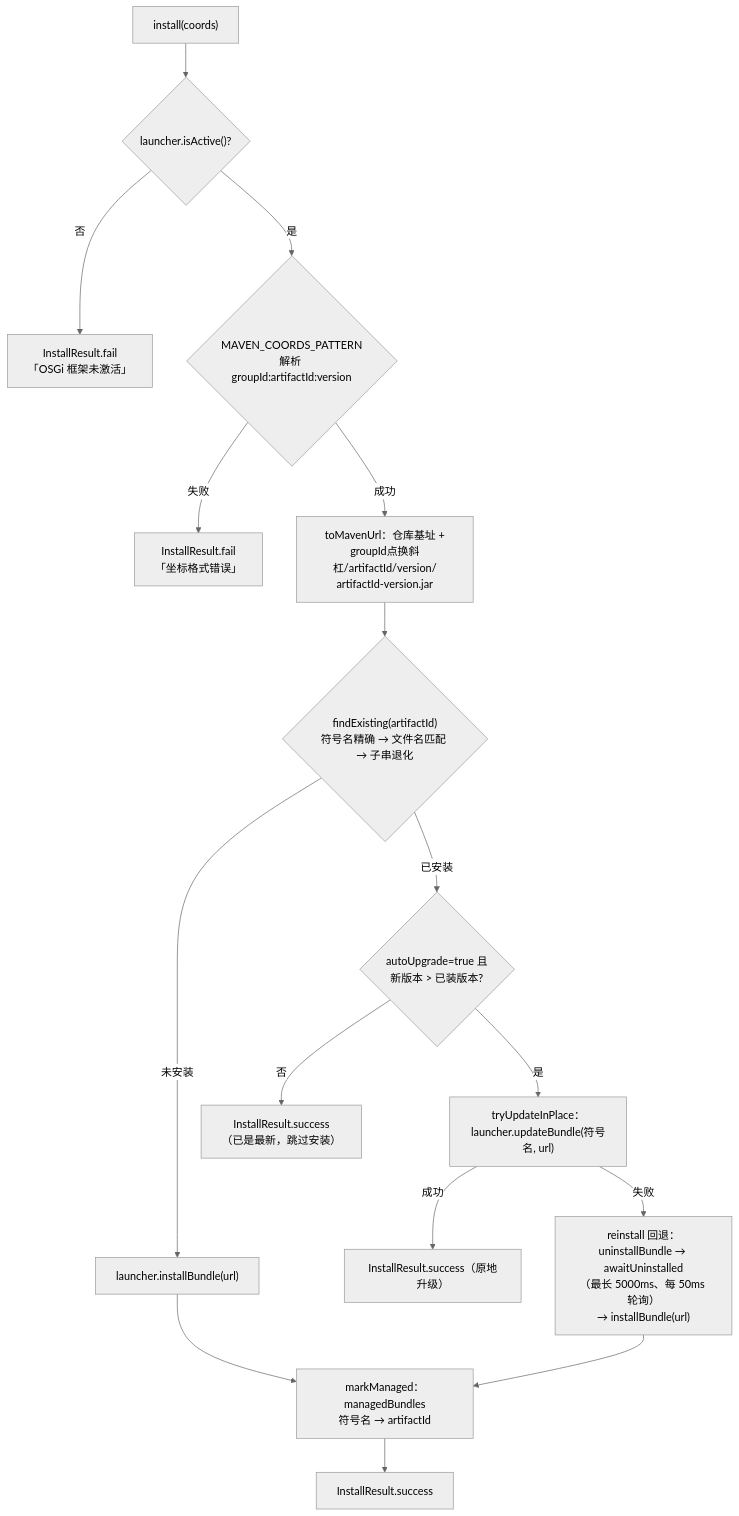
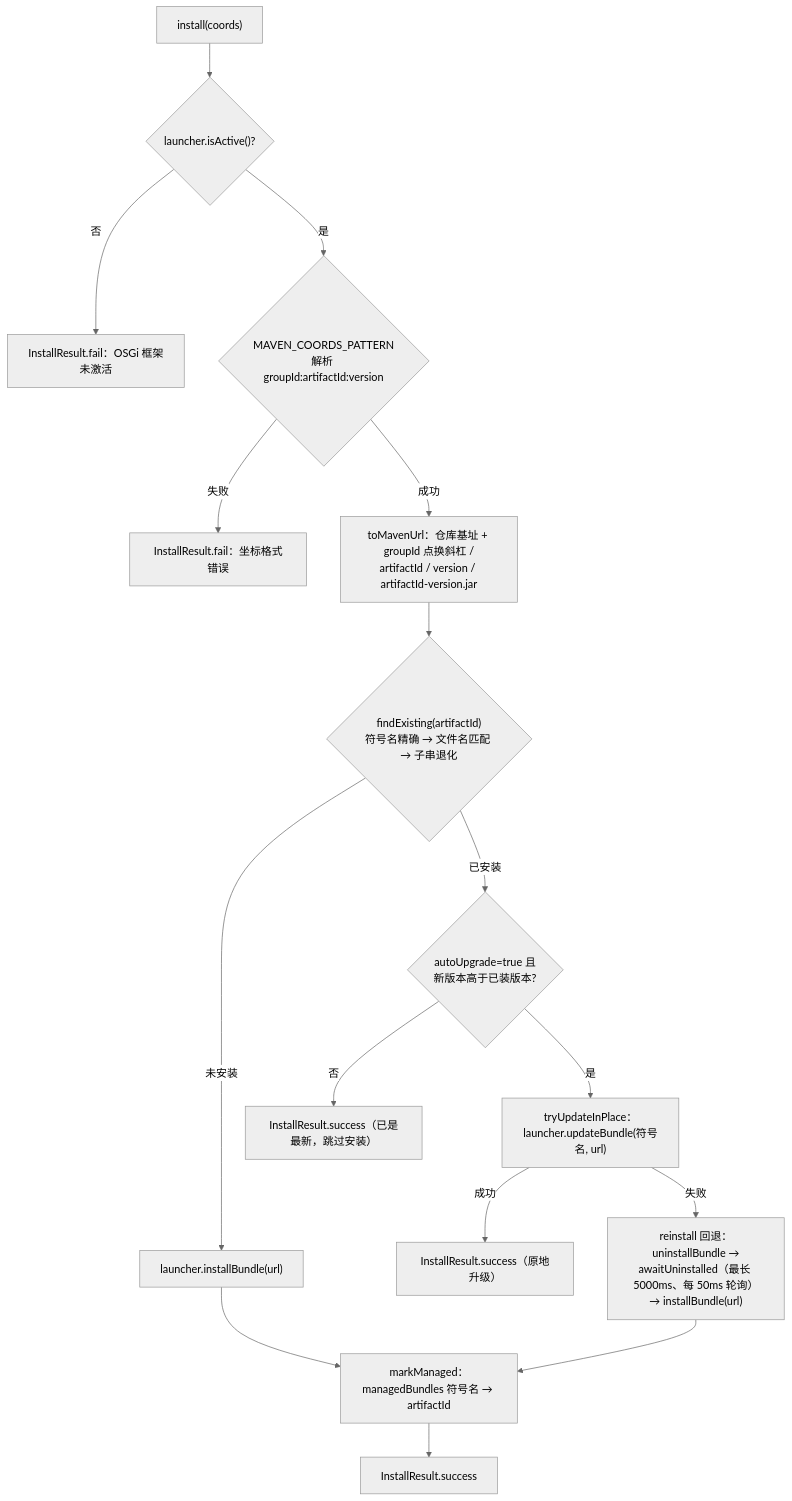
The second of 2 diagrams in spring-support-bundle-starter/README.md (CHTK001/spring-support-parent-starter), drawn with Mermaid (neutral theme) before and after one commit. The commit also changed other lines of this file and 54 other files, not shown here.

````diff
--- a/spring-support-bundle-starter/README.md
+++ b/spring-support-bundle-starter/README.md
@@ -93,18 +49,18 @@
 ```mermaid
 flowchart TB
     S0["install(coords)"] --> S1{"launcher.isActive()?"}
-    S1 -->|"否"| F1["InstallResult.fail<br/>「OSGi 框架未激活」"]
+    S1 -->|"否"| F1["InstallResult.fail：OSGi 框架未激活"]
     S1 -->|"是"| S2{"MAVEN_COORDS_PATTERN<br/>解析 groupId:artifactId:version"}
-    S2 -->|"失败"| F2["InstallResult.fail<br/>「坐标格式错误」"]
-    S2 -->|"成功"| S3["toMavenUrl：仓库基址 +<br/>groupId点换斜杠/artifactId/version/<br/>artifactId-version.jar"]
+    S2 -->|"失败"| F2["InstallResult.fail：坐标格式错误"]
+    S2 -->|"成功"| S3["toMavenUrl：仓库基址 + groupId 点换斜杠 /<br/>artifactId / version / artifactId-version.jar"]
     S3 --> S4{"findExisting(artifactId)<br/>符号名精确 → 文件名匹配 → 子串退化"}
     S4 -->|"未安装"| S7["launcher.installBundle(url)"]
-    S4 -->|"已安装"| S5{"autoUpgrade=true 且<br/>新版本 > 已装版本?"}
-    S5 -->|"否"| OK1["InstallResult.success<br/>（已是最新，跳过安装）"]
+    S4 -->|"已安装"| S5{"autoUpgrade=true 且<br/>新版本高于已装版本?"}
+    S5 -->|"否"| OK1["InstallResult.success（已是最新，跳过安装）"]
     S5 -->|"是"| S6["tryUpdateInPlace：<br/>launcher.updateBundle(符号名, url)"]
     S6 -->|"成功"| OK2["InstallResult.success（原地升级）"]
-    S6 -->|"失败"| S8["reinstall 回退：<br/>uninstallBundle → awaitUninstalled<br/>（最长 5000ms、每 50ms 轮询）<br/>→ installBundle(url)"]
-    S7 --> M["markManaged：managedBundles<br/>符号名 → artifactId"]
+    S6 -->|"失败"| S8["reinstall 回退：uninstallBundle →<br/>awaitUninstalled（最长 5000ms、每 50ms 轮询）<br/>→ installBundle(url)"]
+    S7 --> M["markManaged：managedBundles 符号名 → artifactId"]
     S8 --> M
     M --> OK3["InstallResult.success"]
 ```
````
